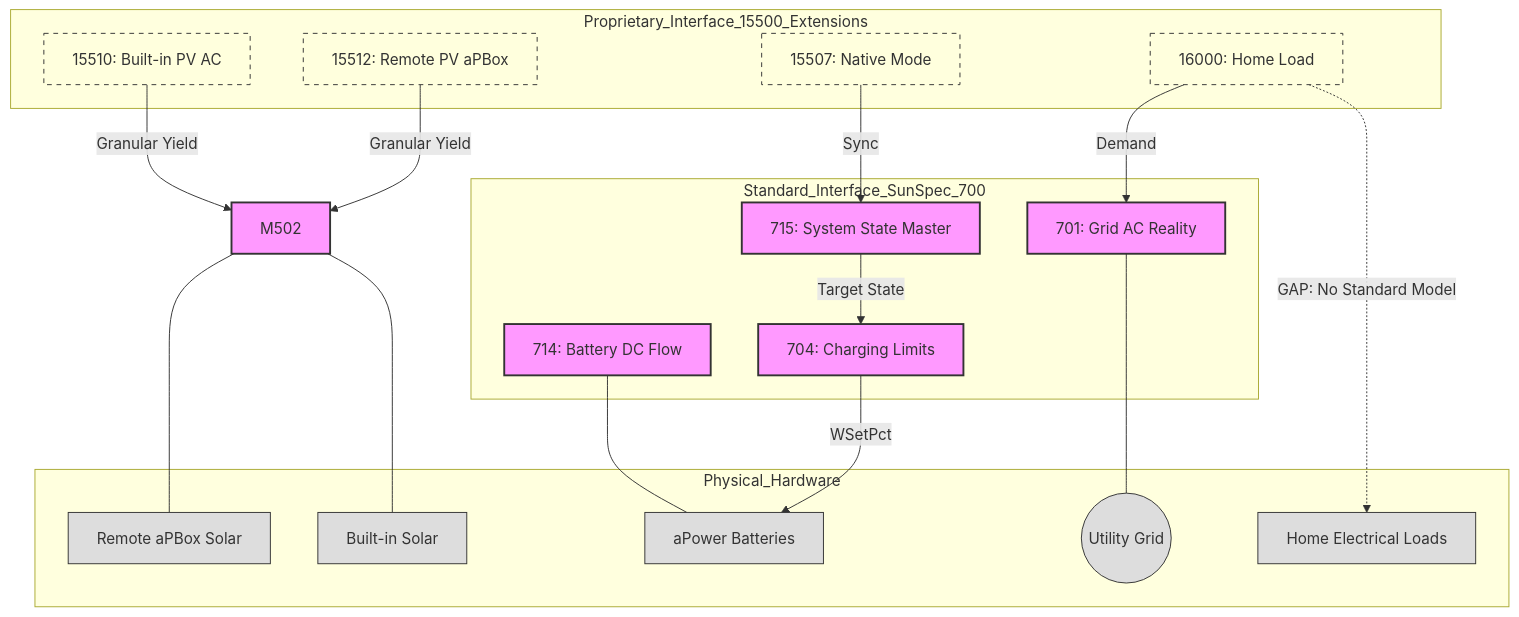
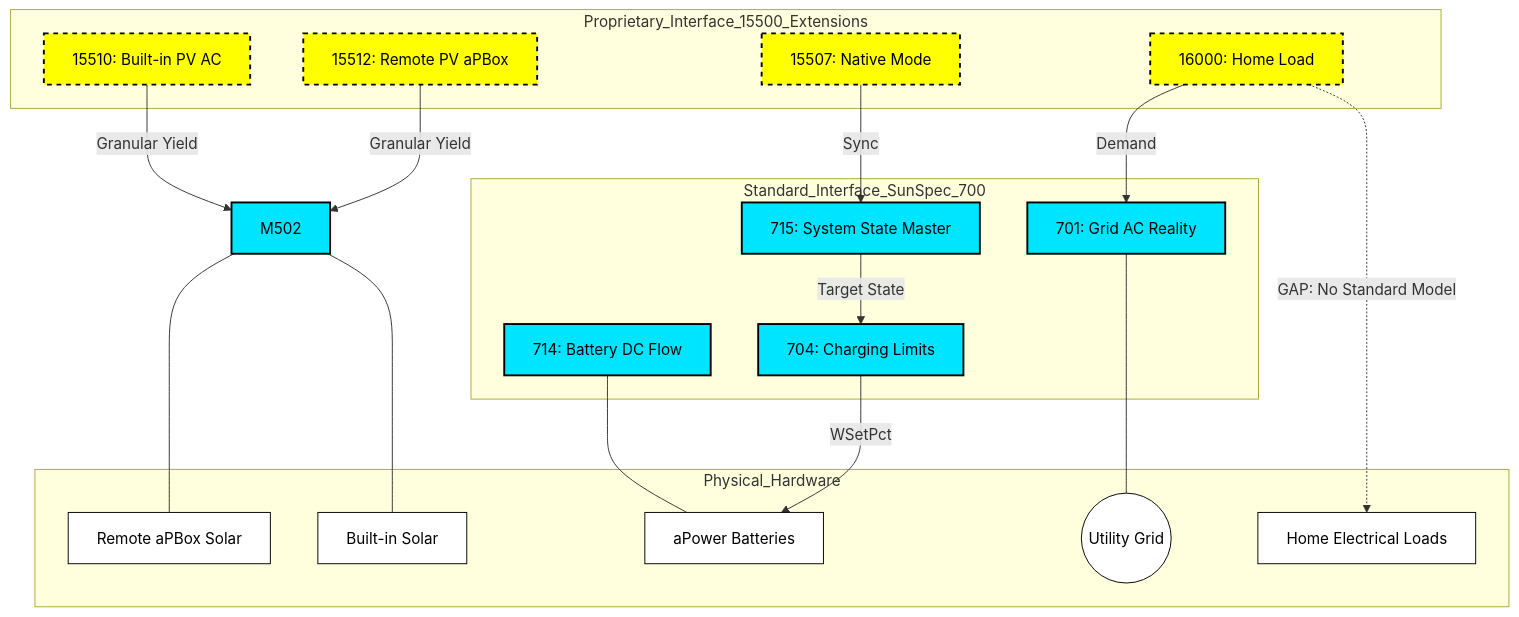
The diagram in docs/SUNSPEC_700_INTEROP_GUIDE.md (balloobbot/franklinwh-modbus), drawn with Mermaid before and after one commit. The commit also changed 1 other file, not shown here.

Commit message:
docs: brighten mermaid colors and add PICS status column to control reference

````diff
--- a/docs/SUNSPEC_700_INTEROP_GUIDE.md
+++ b/docs/SUNSPEC_700_INTEROP_GUIDE.md
@@ -19,47 +19,47 @@
 ```mermaid
 graph TD
     subgraph Standard_Interface_SunSpec_700
         M701[701: Grid AC Reality]
         M714[714: Battery DC Flow]
         M704[704: Charging Limits]
         M715[715: System State Master]
     end
 
     subgraph Proprietary_Interface_15500_Extensions
         EXT_PV_AC[15510: Built-in PV AC]
         EXT_PV_REM[15512: Remote PV aPBox]
         EXT_MODE[15507: Native Mode]
         EXT_LOAD[16000: Home Load]
     end
 
     subgraph Physical_Hardware
         GRID((Utility Grid))
         PV_INT[Built-in Solar]
         PV_EXT[Remote aPBox Solar]
         BAT[aPower Batteries]
         LOADS[Home Electrical Loads]
     end
 
     %% Standard Logic
     M715 -->|Target State| M704
     M704 -->|WSetPct| BAT
     M714 --- BAT
     M701 --- GRID
     M502 --- PV_INT
     M502 --- PV_EXT
 
     %% Extension Logic (Filling the Gaps)
     EXT_PV_AC -->|Granular Yield| M502
     EXT_PV_REM -->|Granular Yield| M502
     EXT_LOAD -.->|GAP: No Standard Model| LOADS
     EXT_MODE -->|Sync| M715
     EXT_LOAD -->|Demand| M701
 
-    classDef standard fill:#f9f,stroke:#333,stroke-width:2px;
-    classDef extension fill:#ffd,stroke:#333,stroke-dasharray: 5 5;
-    classDef physical fill:#ddd,stroke:#333;
+    classDef standard fill:#00e5ff,stroke:#000,stroke-width:2px,color:#000;
+    classDef extension fill:#ffff00,stroke:#000,stroke-width:2px,color:#000,stroke-dasharray: 5 5;
+    classDef physical fill:#ffffff,stroke:#000,stroke-width:1px,color:#000;
 
     class M701,M714,M704,M715,M502 standard;
     class EXT_PV_AC,EXT_PV_REM,EXT_MODE,EXT_LOAD extension;
     class GRID,PV_INT,PV_EXT,BAT,LOADS physical;
 ```
````
